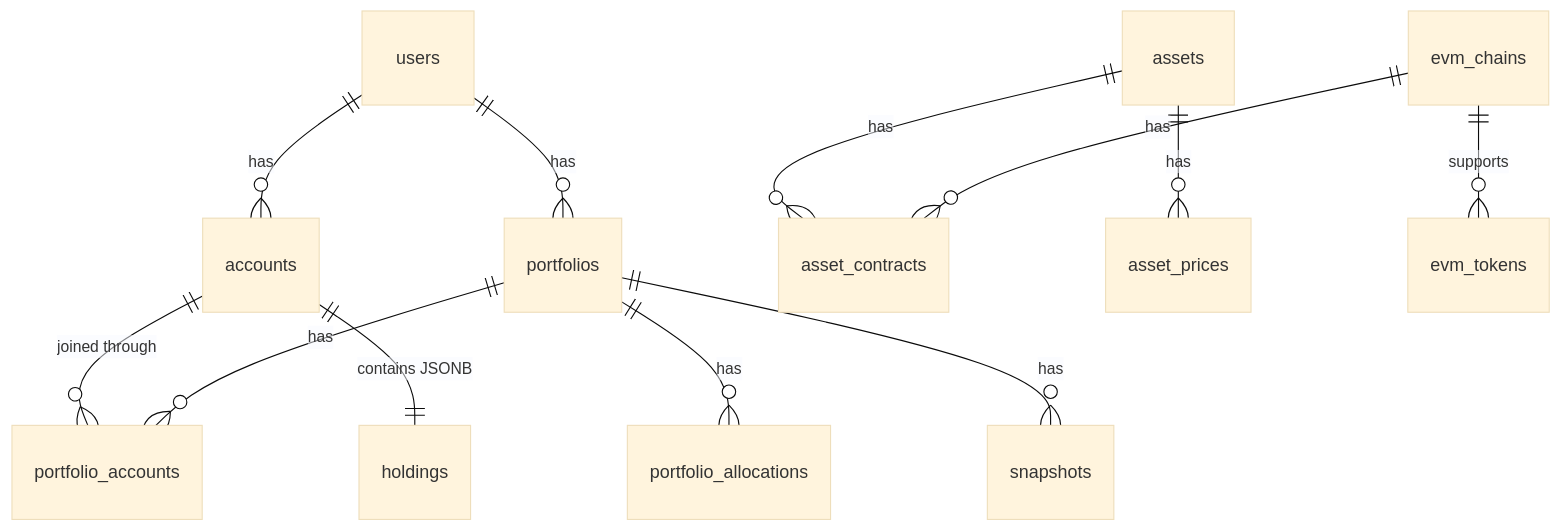
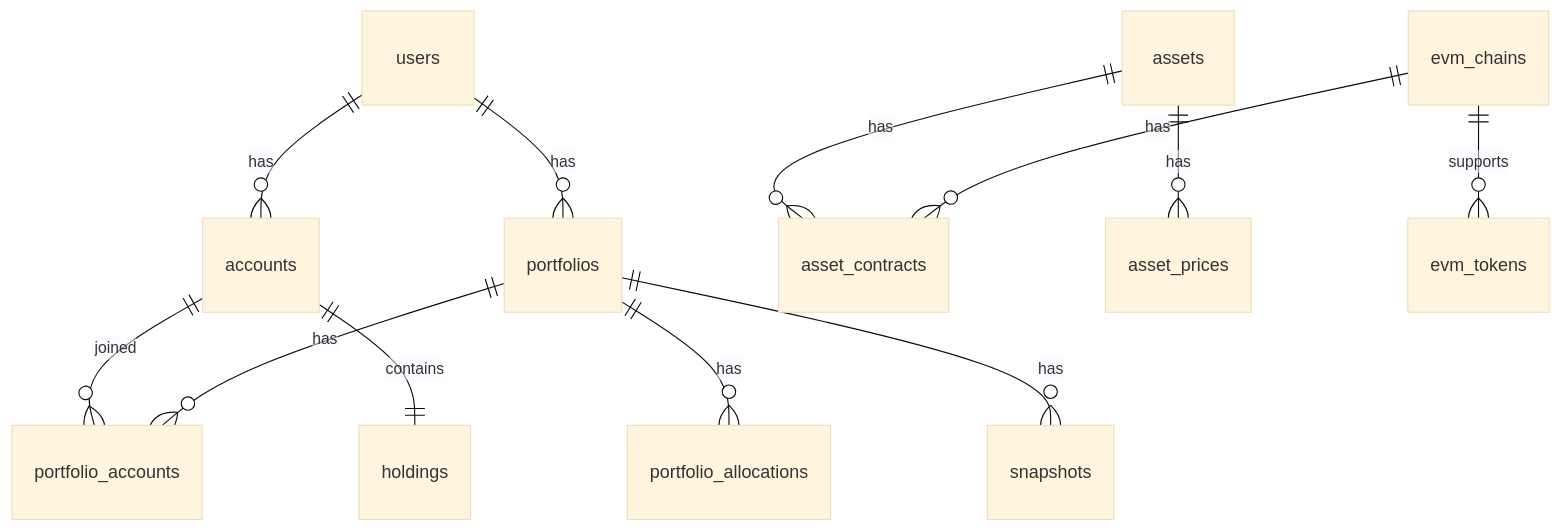
One commit to doitsu2014/crypto-pocket-butler changed the fourth of 4 diagrams in docs/architecture/01-architecture-design/04-code-structure.md. Above: the diagram before and after it, drawn with Mermaid (base theme). The commit also changed other lines of this file and 3 other files, not shown here.

First line of the commit message:
docs: Fix all Mermaid syntax errors for GitHub compatibility

````diff
--- a/docs/architecture/01-architecture-design/04-code-structure.md
+++ b/docs/architecture/01-architecture-design/04-code-structure.md
@@ -116,18 +80,14 @@
 ```mermaid
 erDiagram
-    users ||--o{ accounts : "has"
-    users ||--o{ portfolios : "has"
-    accounts ||--o{ portfolio_accounts : "joined through"
-    portfolios ||--o{ portfolio_accounts : "has"
-    
-    portfolios ||--o{ portfolio_allocations : "has"
-    portfolios ||--o{ snapshots : "has"
-    
-    accounts ||--|| holdings : "contains JSONB"
-    
-    assets ||--o{ asset_contracts : "has"
-    assets ||--o{ asset_prices : "has"
-    
-    evm_chains ||--o{ evm_tokens : "supports"
-    evm_chains ||--o{ asset_contracts : "has"
+    users ||--o{ accounts : has
+    users ||--o{ portfolios : has
+    accounts ||--o{ portfolio_accounts : joined
+    portfolios ||--o{ portfolio_accounts : has
+    portfolios ||--o{ portfolio_allocations : has
+    portfolios ||--o{ snapshots : has
+    accounts ||--|| holdings : contains
+    assets ||--o{ asset_contracts : has
+    assets ||--o{ asset_prices : has
+    evm_chains ||--o{ evm_tokens : supports
+    evm_chains ||--o{ asset_contracts : has
 ```
````
